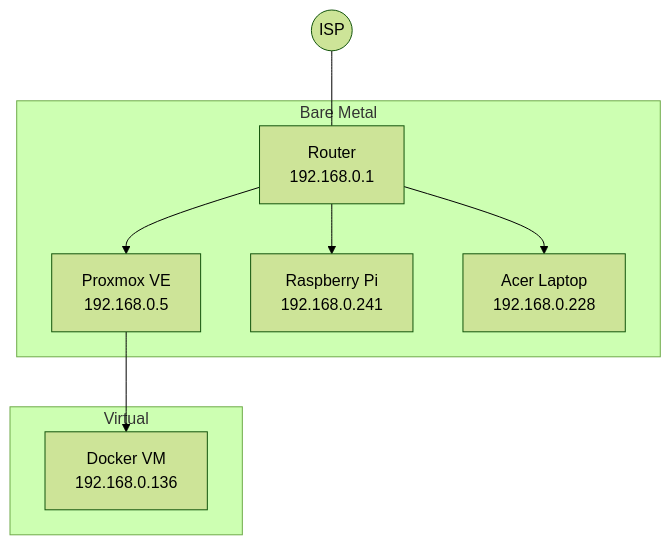
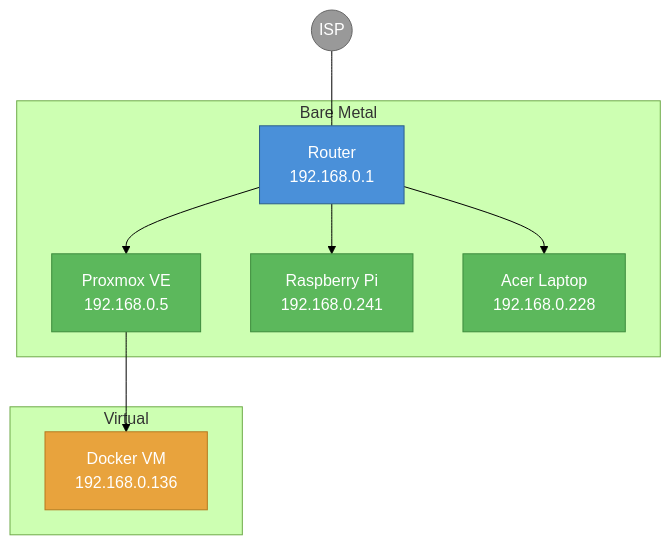
The first of 5 diagrams in README.md (AlexSzczygielski/casa-mia-network), drawn with Mermaid (forest theme) before and after one commit. The commit also changed other lines of this file, not shown here.

````diff
--- a/README.md
+++ b/README.md
@@ -7,20 +8,30 @@
 ```mermaid
 graph TD
     ISP((ISP)) --- Router
 
     subgraph BareMetal[Bare Metal]
         Router[Router<br>192.168.0.1]
         PVE[Proxmox VE<br>192.168.0.5]
         Pi[Raspberry Pi<br>192.168.0.241]
         Laptop[Acer Laptop<br>192.168.0.228]
     end
 
     subgraph Virtual[Virtual]
         Docker[Docker VM<br>192.168.0.136]
     end
 
     Router --> PVE
     PVE --> Docker
     Router --> Pi
     Router --> Laptop
+
+    classDef isp fill:#999,stroke:#666,color:#fff
+    classDef network fill:#4a90d9,stroke:#2c5f8a,color:#fff
+    classDef compute fill:#5cb85c,stroke:#3d8b3d,color:#fff
+    classDef virtual fill:#e8a33d,stroke:#b5791f,color:#fff
+
+    class ISP isp
+    class Router network
+    class PVE,Pi,Laptop compute
+    class Docker virtual
 ```
````
